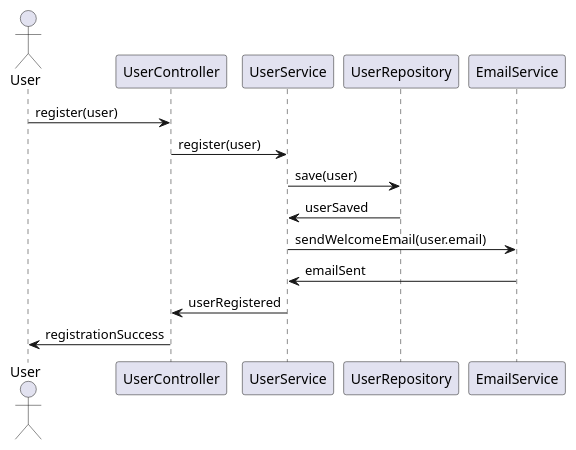
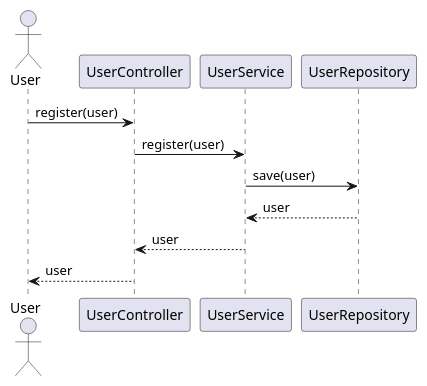
Before and after one commit to Dinesh-s95/AutoDoc.ai: the first of 4 diagrams in identityprovider/documentation/detaileddesign.adoc, drawn with PlantUML. The commit also changed other lines of this file and 4 other files, not shown here.

````diff
--- a/identityprovider/documentation/detaileddesign.adoc
+++ b/identityprovider/documentation/detaileddesign.adoc
@@ -250,18 +120,16 @@
-```plantuml
+[plantuml, user-registration-sequence, png]
+----
 @startuml
-actor User
-participant UserController
-participant UserService
-participant UserRepository
-participant EmailService
+actor "User" as user
+participant "UserController" as controller
+participant "UserService" as service
+participant "UserRepository" as repository
 
-User -> UserController : register(user)
-UserController -> UserService : register(user)
-UserService -> UserRepository : save(user)
-UserRepository -> UserService : userSaved
-UserService -> EmailService : sendWelcomeEmail(user.email)
-EmailService -> UserService : emailSent
-UserService -> UserController : userRegistered
-UserController -> User : registrationSuccess
+user -> controller : register(user)
+controller -> service : register(user)
+service -> repository : save(user)
+repository --> service : user
+service --> controller : user
+controller --> user : user
 @enduml
-```
+----
````
